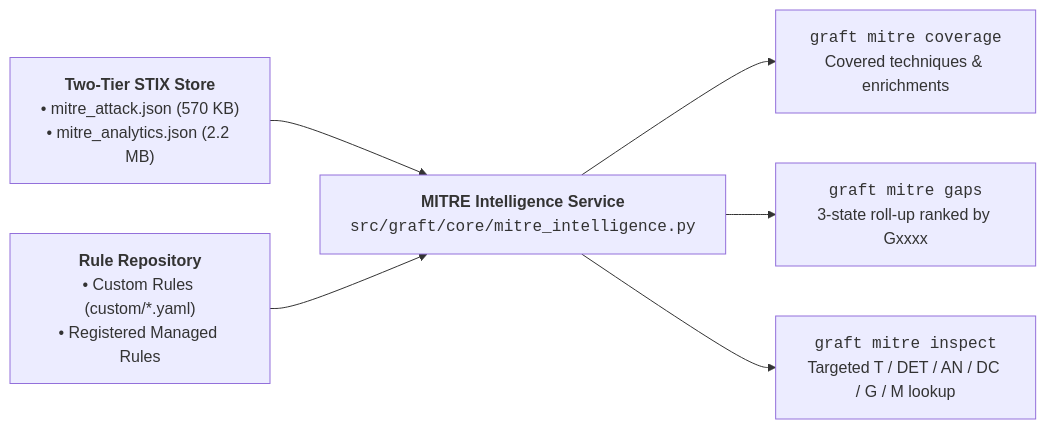
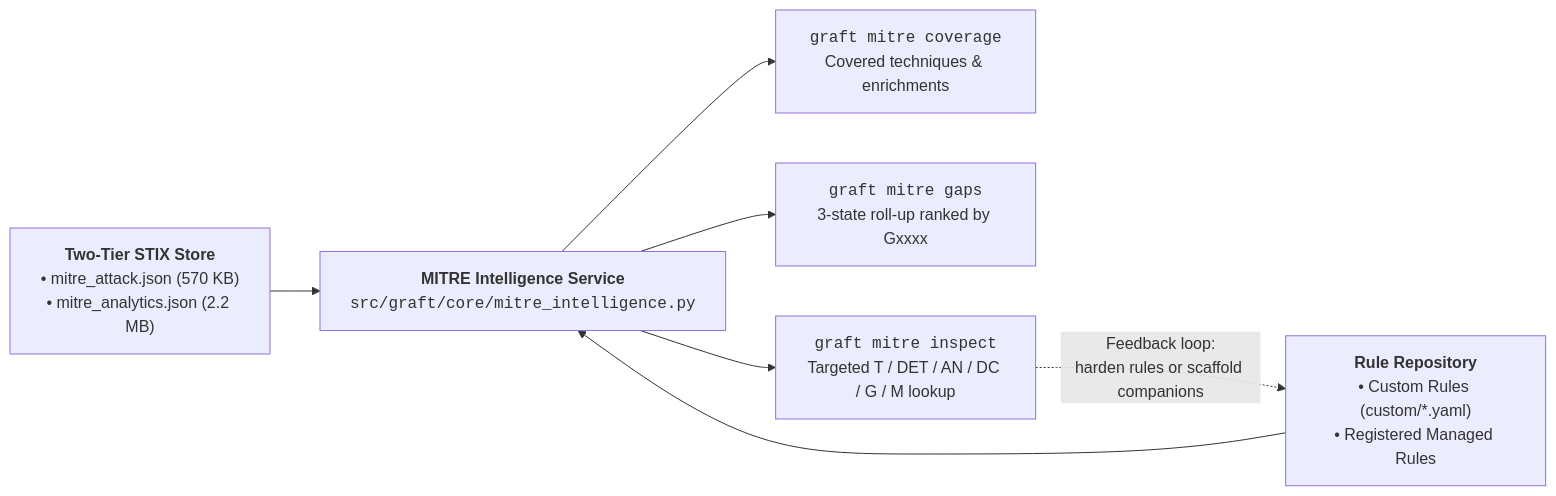
One commit to lopes/graft changed the diagram in docs/analysts/visibility_and_matrix.md. Above: the diagram before and after it, drawn with Mermaid. The commit also changed other lines of this file and 14 other files, not shown here.

````diff
--- a/docs/analysts/visibility_and_matrix.md
+++ b/docs/analysts/visibility_and_matrix.md
@@ -37,8 +37,9 @@
 ```mermaid
 flowchart LR
     STIX["<b>Two-Tier STIX Store</b><br/>• mitre_attack.json (570 KB)<br/>• mitre_analytics.json (2.2 MB)"] --> ENGINE["<b>MITRE Intelligence Service</b><br/><code>src/graft/core/mitre_intelligence.py</code>"]
     RULES["<b>Rule Repository</b><br/>• Custom Rules (custom/*.yaml)<br/>• Registered Managed Rules"] --> ENGINE
     ENGINE --> COV["<code>graft mitre coverage</code><br/>Covered techniques &amp; enrichments"]
     ENGINE --> GAPS["<code>graft mitre gaps</code><br/>3-state roll-up ranked by Gxxxx"]
     ENGINE --> INSP["<code>graft mitre inspect</code><br/>Targeted T / DET / AN / DC / G / M lookup"]
+    INSP -.->|"Feedback loop:<br/>harden rules or scaffold companions"| RULES
 ```
````
